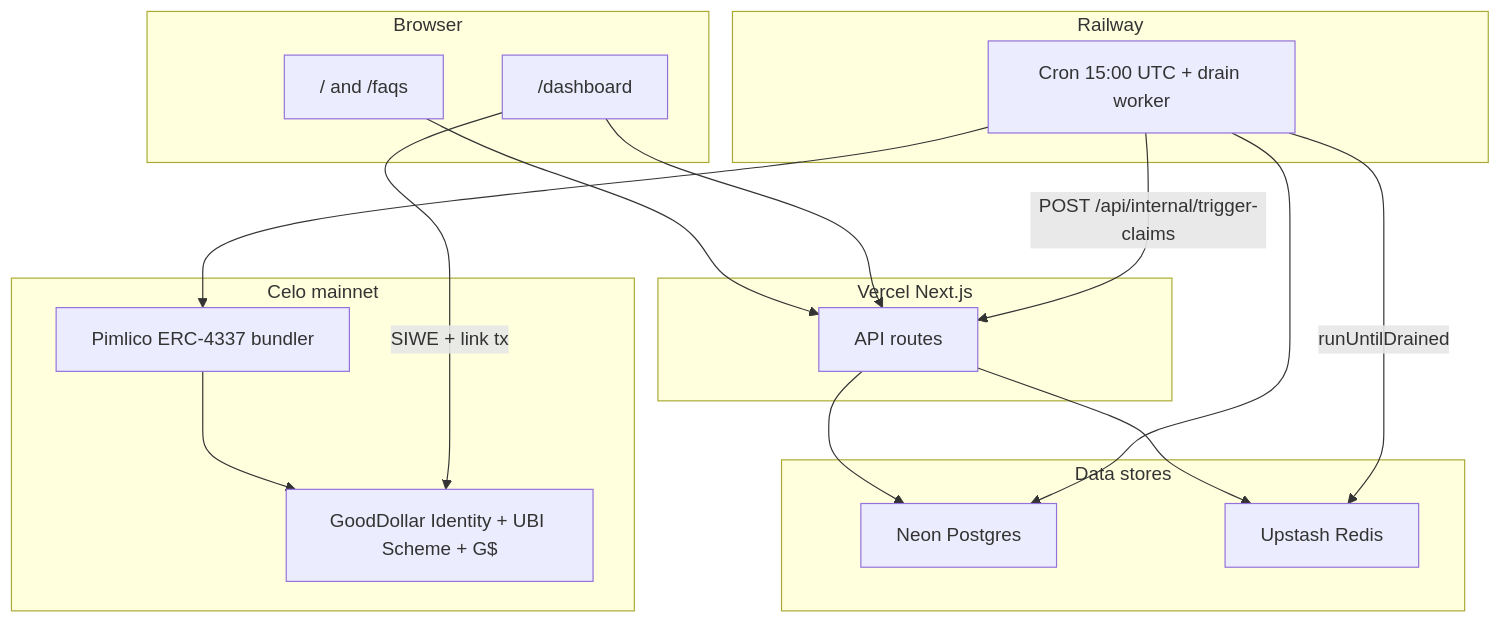
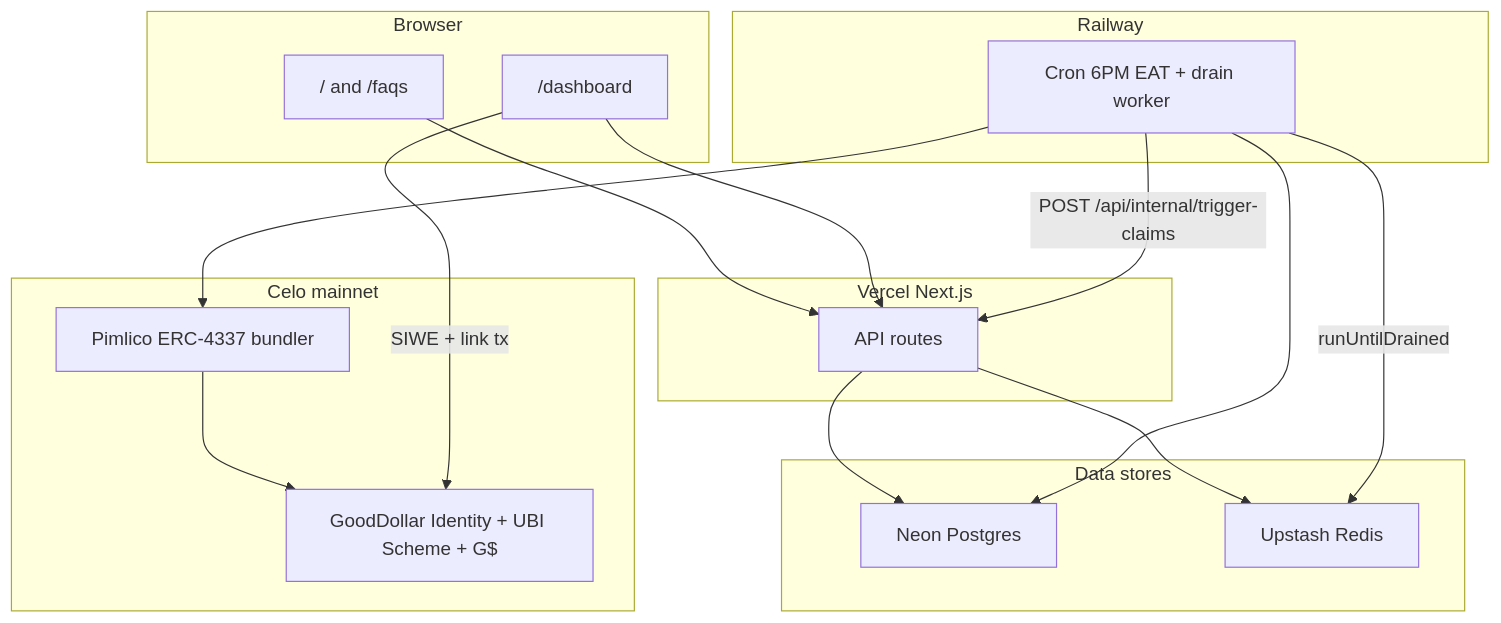
Before and after one commit to andrewkimjoseph/goclaim-app: the first of 2 diagrams in README.md, drawn with Mermaid. The commit also changed other lines of this file and 4 other files, not shown here.

````diff
--- a/README.md
+++ b/README.md
@@ -9,36 +9,36 @@
 ```mermaid
 flowchart TB
   subgraph client [Browser]
     Landing["/ and /faqs"]
     Dashboard["/dashboard"]
   end
 
   subgraph vercel [Vercel Next.js]
     API["API routes"]
   end
 
   subgraph data [Data stores]
     Neon["Neon Postgres"]
     Redis["Upstash Redis"]
   end
 
   subgraph railway [Railway]
-    Cron["Cron 15:00 UTC + drain worker"]
+    Cron["Cron 6PM EAT + drain worker"]
   end
 
   subgraph chain [Celo mainnet]
     GD["GoodDollar Identity + UBI Scheme + G$"]
     Pimlico["Pimlico ERC-4337 bundler"]
   end
 
   Landing --> API
   Dashboard --> API
   API --> Neon
   Cron -->|"POST /api/internal/trigger-claims"| API
   API --> Redis
   Cron -->|"runUntilDrained"| Redis
   Cron --> Neon
   Cron --> Pimlico
   Pimlico --> GD
   Dashboard -->|"SIWE + link tx"| GD
 ```
````
